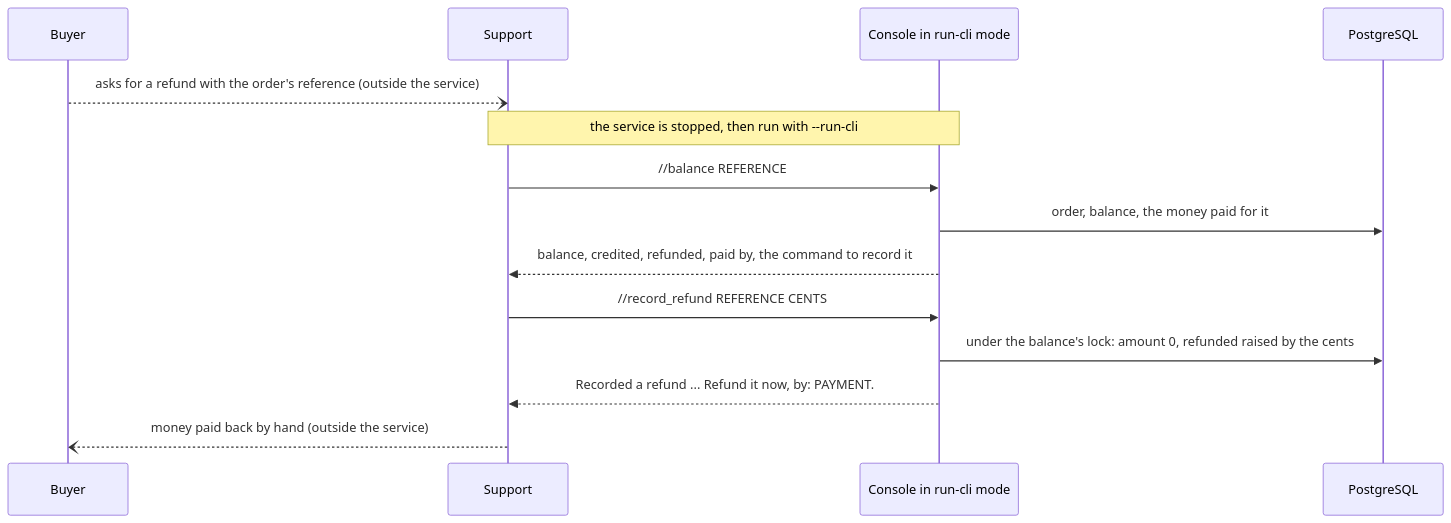
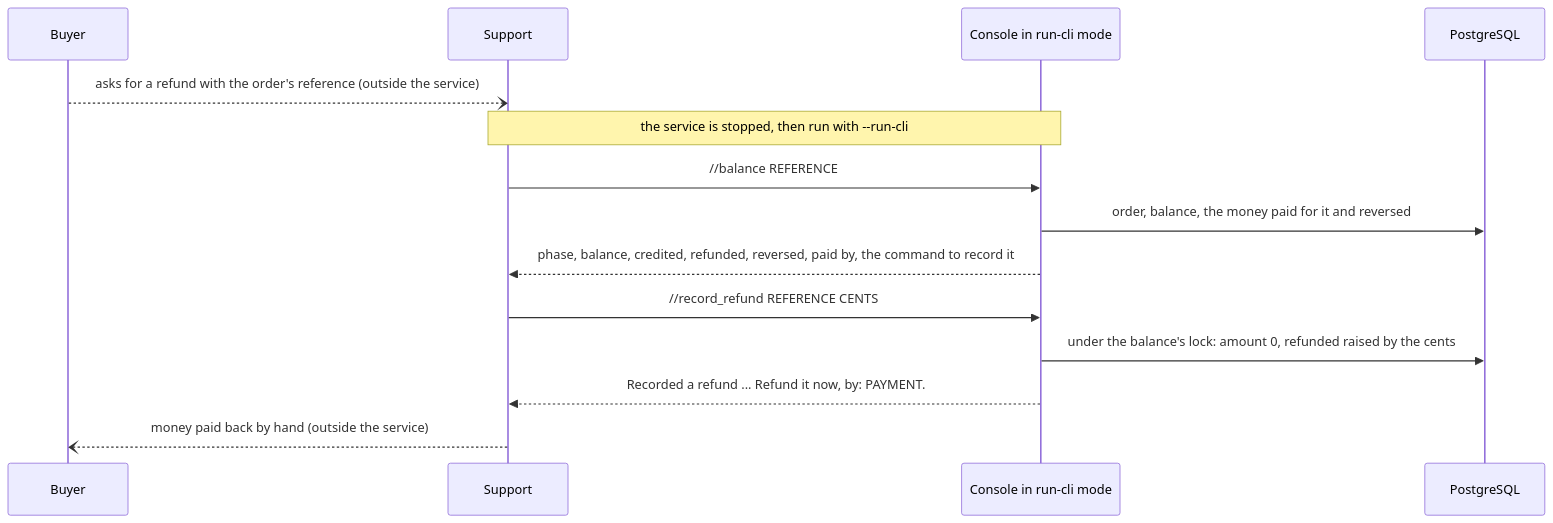
Before and after one commit to simplex-chat/simplex-chat: the tenth of 15 diagrams in apps/simplex-store-service/docs/names.md, drawn with Mermaid. The commit also changed other lines of this file and 71 other files, not shown here.

````diff
--- a/apps/simplex-store-service/docs/names.md
+++ b/apps/simplex-store-service/docs/names.md
@@ -503,16 +504,16 @@
 ```mermaid
 sequenceDiagram
   participant B as Buyer
   participant O as Support
   participant C as Console in run-cli mode
   participant D as PostgreSQL
   B--)O: asks for a refund with the order's reference (outside the service)
   Note over O,C: the service is stopped, then run with --run-cli
   O->>C: //balance REFERENCE
-  C->>D: order, balance, the money paid for it
-  C-->>O: balance, credited, refunded, paid by, the command to record it
+  C->>D: order, balance, the money paid for it and reversed
+  C-->>O: phase, balance, credited, refunded, reversed, paid by, the command to record it
   O->>C: //record_refund REFERENCE CENTS
   C->>D: under the balance's lock: amount 0, refunded raised by the cents
   C-->>O: Recorded a refund ... Refund it now, by: PAYMENT.
   O--)B: money paid back by hand (outside the service)
 ```
````
